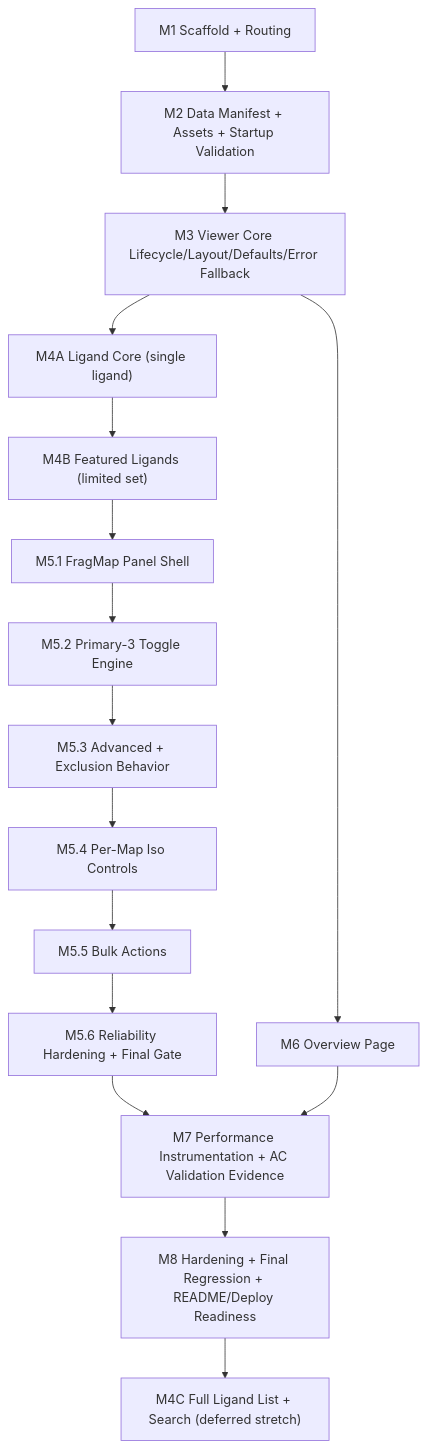
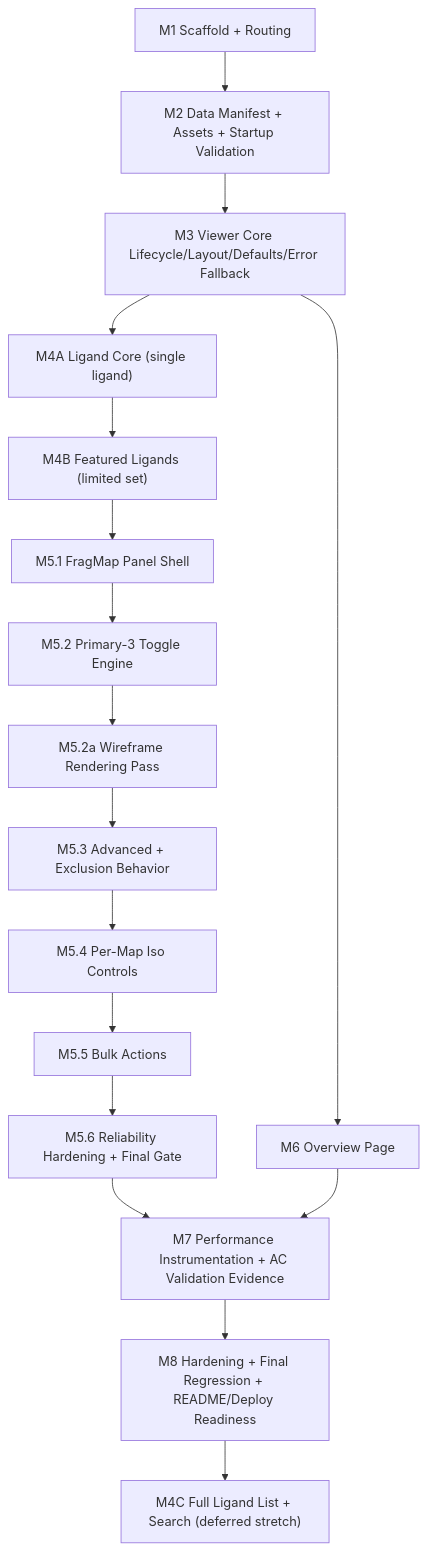
One commit to ArvindRamachandran14/silcs-fragmaps-demo changed the diagram in docs/plans/execution-plan.md. Above: the diagram before and after it, drawn with Mermaid. The commit also changed other lines of this file and 8 other files, not shown here.

````diff
--- a/docs/plans/execution-plan.md
+++ b/docs/plans/execution-plan.md
@@ -76,18 +76,19 @@
 ```mermaid
 flowchart TD
     M1["M1 Scaffold + Routing"] --> M2["M2 Data Manifest + Assets + Startup Validation"]
     M2 --> M3["M3 Viewer Core Lifecycle/Layout/Defaults/Error Fallback"]
     M3 --> M4A["M4A Ligand Core (single ligand)"]
     M4A --> M4B["M4B Featured Ligands (limited set)"]
     M4B --> M51["M5.1 FragMap Panel Shell"]
     M51 --> M52["M5.2 Primary-3 Toggle Engine"]
-    M52 --> M53["M5.3 Advanced + Exclusion Behavior"]
+    M52 --> M52A["M5.2a Wireframe Rendering Pass"]
+    M52A --> M53["M5.3 Advanced + Exclusion Behavior"]
     M53 --> M54["M5.4 Per-Map Iso Controls"]
     M54 --> M55["M5.5 Bulk Actions"]
     M55 --> M56["M5.6 Reliability Hardening + Final Gate"]
     M3 --> M6["M6 Overview Page"]
     M56 --> M7["M7 Performance Instrumentation + AC Validation Evidence"]
     M6 --> M7
     M7 --> M8["M8 Hardening + Final Regression + README/Deploy Readiness"]
     M8 --> M4C["M4C Full Ligand List + Search (deferred stretch)"]
 ```
````
